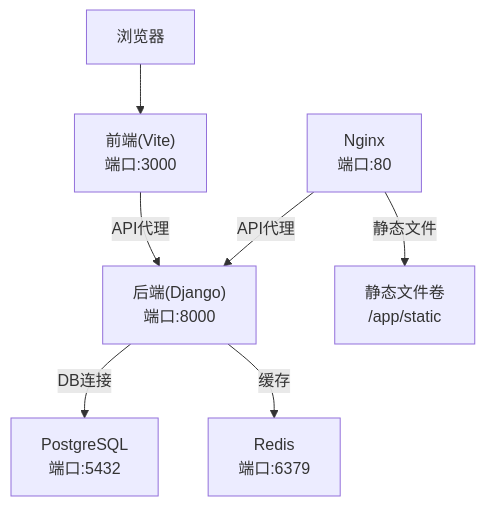
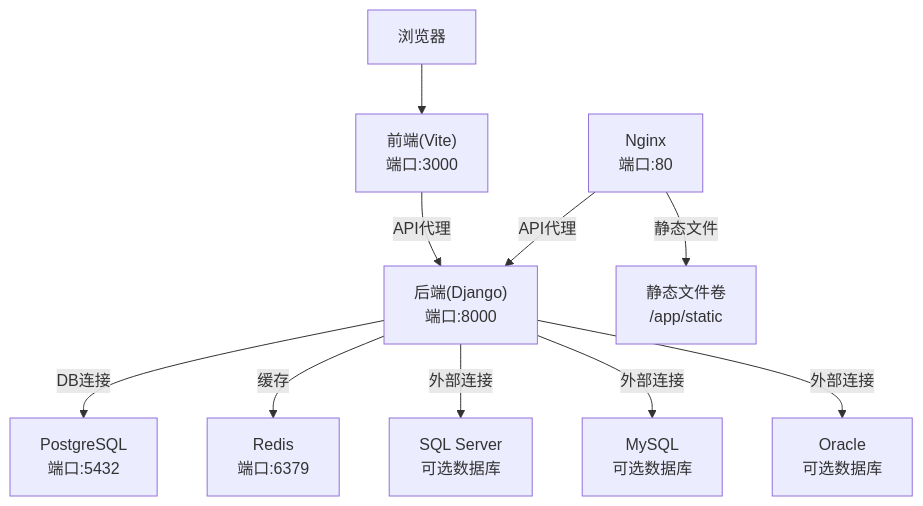
The second of 3 diagrams in .qoder/repowiki/zh/content/部署配置/Docker部署.md (zyp-coder/Metadata), drawn with Mermaid before and after one commit. The commit also changed other lines of this file and 49 other files, not shown here.

````diff
--- a/.qoder/repowiki/zh/content/部署配置/Docker部署.md
+++ b/.qoder/repowiki/zh/content/部署配置/Docker部署.md
@@ -113,16 +127,22 @@
 ```mermaid
 graph TB
 Client["浏览器"]
 Frontend["前端(Vite)<br/>端口:3000"]
 Backend["后端(Django)<br/>端口:8000"]
 DB["PostgreSQL<br/>端口:5432"]
 Cache["Redis<br/>端口:6379"]
 Nginx["Nginx<br/>端口:80"]
 StaticVol["静态文件卷<br/>/app/static"]
+SQLServer["SQL Server<br/>可选数据库"]
+MySQL["MySQL<br/>可选数据库"]
+Oracle["Oracle<br/>可选数据库"]
 Client --> Frontend
 Frontend --> |API代理| Backend
 Backend --> |DB连接| DB
 Backend --> |缓存| Cache
+Backend --> |外部连接| SQLServer
+Backend --> |外部连接| MySQL
+Backend --> |外部连接| Oracle
 Nginx --> |静态文件| StaticVol
 Nginx --> |API代理| Backend
 ```
````
